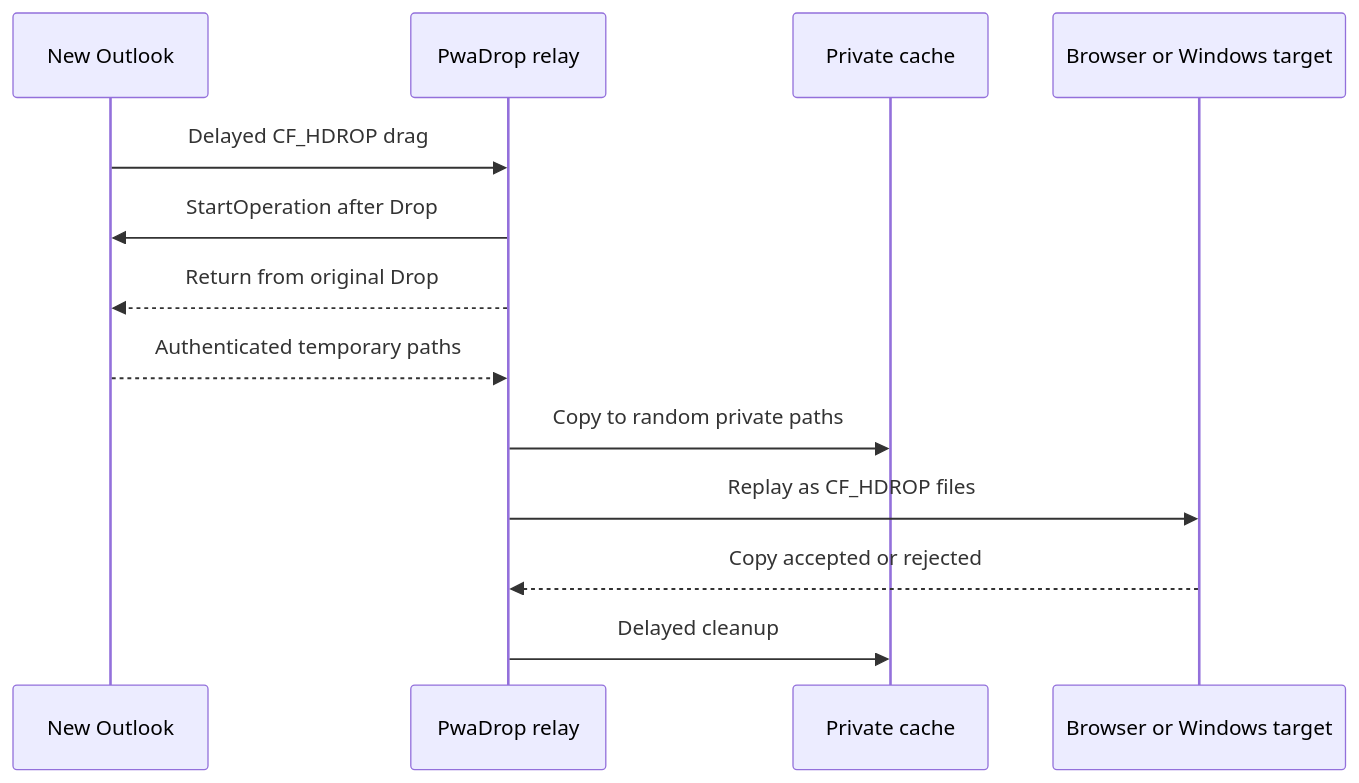
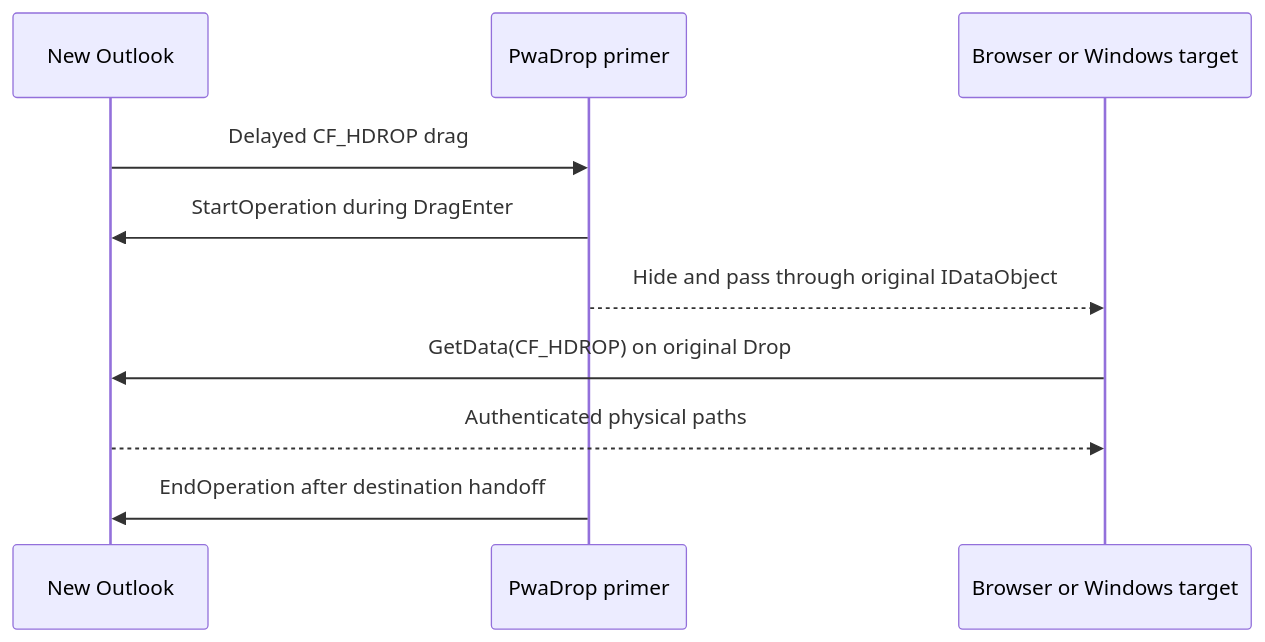
One commit to LowkeyNEXT/PwaDrop changed the diagram in README.md. Above: the diagram before and after it, drawn with Mermaid. The commit also changed other lines of this file and 17 other files, not shown here.

Commit message:
fix: prime the original Chromium drag

````diff
--- a/README.md
+++ b/README.md
@@ -27,16 +26,13 @@
 ```mermaid
 sequenceDiagram
     participant O as New Outlook
-    participant R as PwaDrop relay
-    participant C as Private cache
+    participant R as PwaDrop primer
     participant T as Browser or Windows target
 
     O->>R: Delayed CF_HDROP drag
-    R->>O: StartOperation after Drop
-    R-->>O: Return from original Drop
-    O-->>R: Authenticated temporary paths
-    R->>C: Copy to random private paths
-    R->>T: Replay as CF_HDROP files
-    T-->>R: Copy accepted or rejected
-    R->>C: Delayed cleanup
+    R->>O: StartOperation during DragEnter
+    R-->>T: Hide and pass through original IDataObject
+    T->>O: GetData(CF_HDROP) on original Drop
+    O-->>T: Authenticated physical paths
+    R->>O: EndOperation after destination handoff
 ```
````
